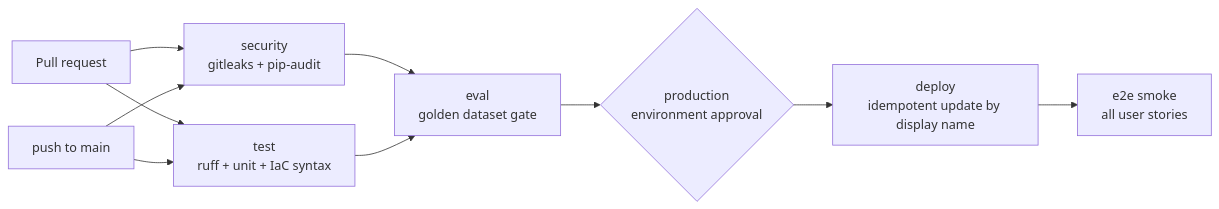
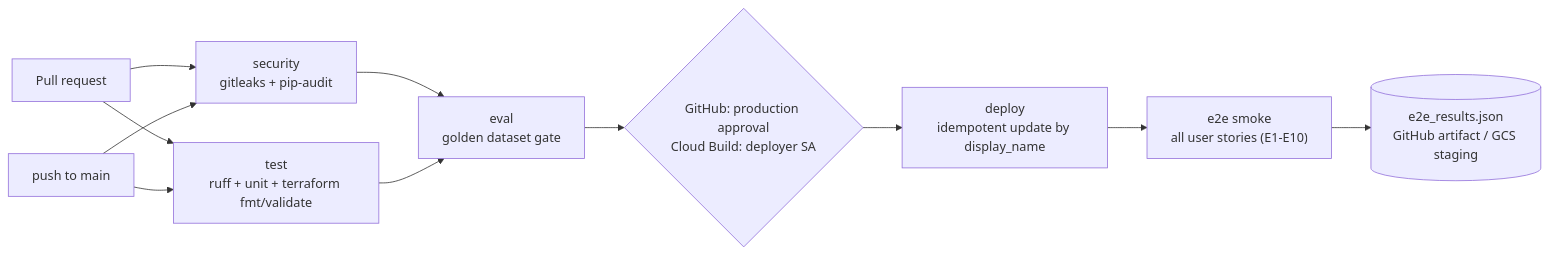
One commit to thiago-a-azevedo/anatel changed the fourth of 4 diagrams in README.md. Above: the diagram before and after it, drawn with Mermaid. The commit also changed other lines of this file and 2 other files, not shown here.

Commit message:
docs: refresh architecture diagrams and use generic operator prompts in README

````diff
--- a/README.md
+++ b/README.md
@@ -348,10 +374,11 @@
 ```mermaid
 flowchart LR
   PR["Pull request"] --> SEC["security<br/>gitleaks + pip-audit"]
-  PR --> TST["test<br/>ruff + unit + IaC syntax"]
+  PR --> TST["test<br/>ruff + unit + terraform fmt/validate"]
   M["push to main"] --> SEC & TST
   SEC & TST --> EV["eval<br/>golden dataset gate"]
-  EV --> APR{"production<br/>environment approval"}
-  APR --> DEP["deploy<br/>idempotent update by display name"]
-  DEP --> E2E["e2e smoke<br/>all user stories"]
+  EV --> APR{"GitHub: production approval<br/>Cloud Build: deployer SA"}
+  APR --> DEP["deploy<br/>idempotent update by display_name"]
+  DEP --> E2E["e2e smoke<br/>all user stories (E1-E10)"]
+  E2E --> ART[("e2e_results.json<br/>GitHub artifact / GCS staging")]
 ```
````
